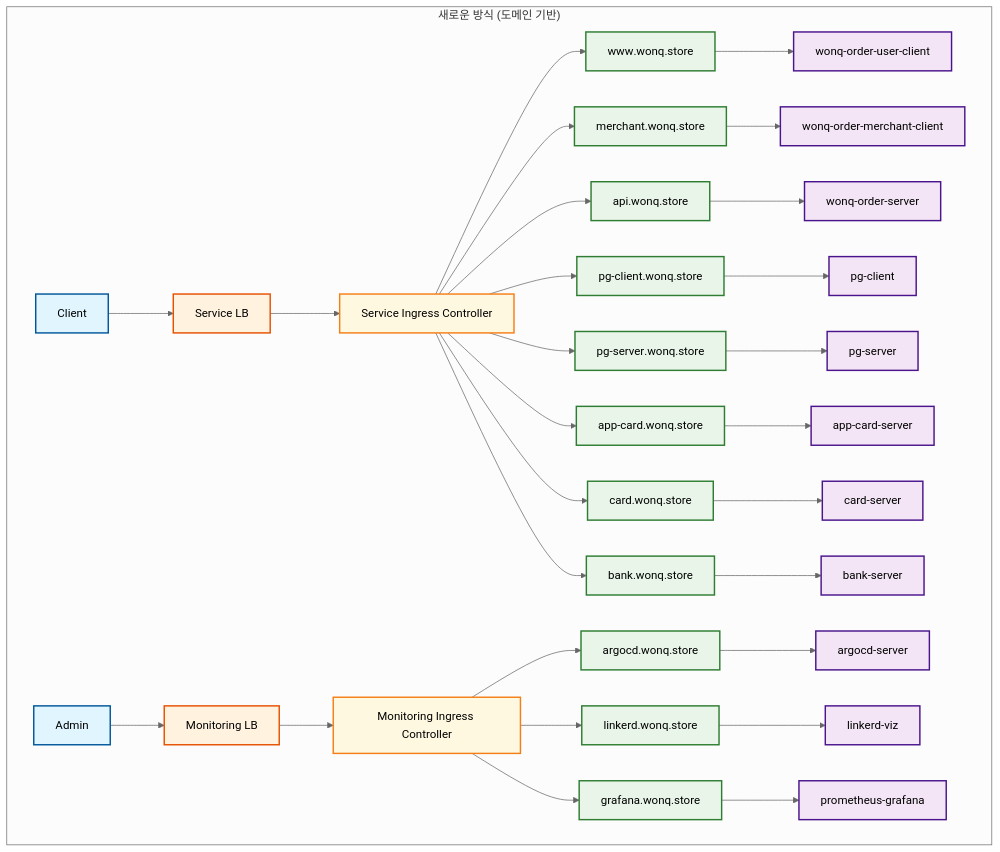
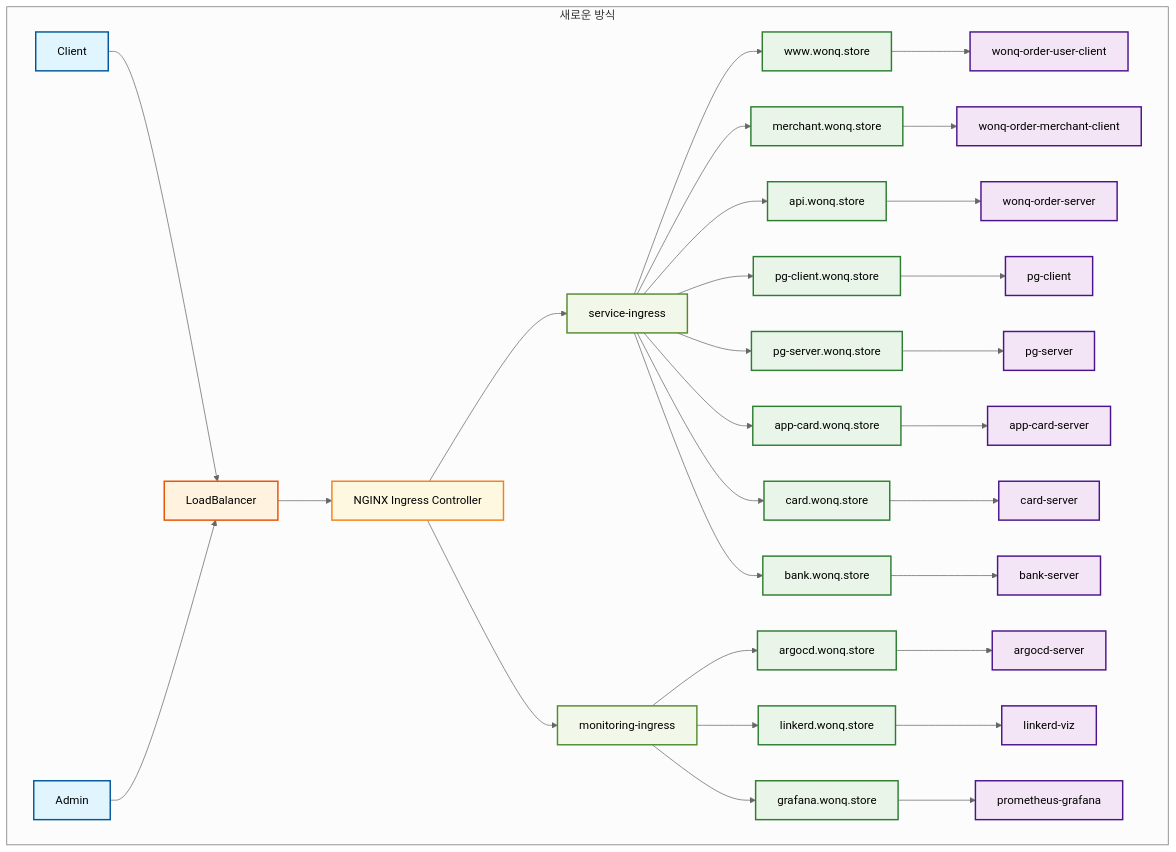
The second of 3 diagrams in blog/2025-05-29/gcp-load-balancer-quota-exceeded-troubleshooting.md (namsh1125/wonq-tech-blog), drawn with Mermaid (neutral theme) before and after one commit. The commit also changed other lines of this file and 2 other files, not shown here.

Commit message:
Update: GCP Load Balancer 생성 실패 오류 해결기 개선

````diff
--- a/blog/2025-05-29/gcp-load-balancer-quota-exceeded-troubleshooting.md
+++ b/blog/2025-05-29/gcp-load-balancer-quota-exceeded-troubleshooting.md
@@ -108,46 +108,53 @@
 ```mermaid
 graph TB
-    subgraph "새로운 방식 (도메인 기반)"
-        A1[Client] --> L1[Service LB]
-        A2[Admin] --> L2[Monitoring LB]
-        L1 --> I1[Service Ingress Controller]
-        L2 --> I2[Monitoring Ingress Controller]
-        I1 --> D1["www․wonq․store"]
-        I1 --> D2["merchant․wonq․store"]
-        I1 --> D3["api․wonq․store"]
-        I1 --> D4["pg-client․wonq․store"]
-        I1 --> D5["pg-server․wonq․store"]
-        I1 --> D6["app-card․wonq․store"]
-        I1 --> D7["card․wonq․store"]
-        I1 --> D8["bank․wonq․store"]
-        I2 --> D9["argocd․wonq․store"]
-        I2 --> D10["linkerd․wonq․store"]
-        I2 --> D11["grafana․wonq․store"]
+    subgraph "새로운 방식"
+        A1[Client] --> L1[LoadBalancer]
+        A2[Admin] --> L1
+        L1 --> I1[NGINX Ingress Controller]
+
+        I1 --> R1[service-ingress]
+        I1 --> R2[monitoring-ingress]
+
+        R1 --> D1["www․wonq․store"]
+        R1 --> D2["merchant․wonq․store"]
+        R1 --> D3["api․wonq․store"]
+        R1 --> D4["pg-client․wonq․store"]
+        R1 --> D5["pg-server․wonq․store"]
+        R1 --> D6["app-card․wonq․store"]
+        R1 --> D7["card․wonq․store"]
+        R1 --> D8["bank․wonq․store"]
+
+        R2 --> D9["argocd․wonq․store"]
+        R2 --> D10["linkerd․wonq․store"]
+        R2 --> D11["grafana․wonq․store"]
+
         D1 --> S1[wonq-order-user-client]
         D2 --> S2[wonq-order-merchant-client]
         D3 --> S3[wonq-order-server]
         D4 --> S4[pg-client]
         D5 --> S5[pg-server]
         D6 --> S6[app-card-server]
         D7 --> S7[card-server]
         D8 --> S8[bank-server]
         D9 --> M1[argocd-server]
         D10 --> M2[linkerd-viz]
         D11 --> M3[prometheus-grafana]
     end
 
-    %% 색상 스타일 정의
+%% 색상 스타일 정의
     classDef clientStyle fill:#e1f5fe,stroke:#01579b,stroke-width:2px,color:#000
     classDef lbStyle fill:#fff3e0,stroke:#e65100,stroke-width:2px,color:#000
     classDef ingressStyle fill:#fff8e1,stroke:#f57f17,stroke-width:2px,color:#000
+    classDef resourceStyle fill:#f1f8e9,stroke:#558b2f,stroke-width:2px,color:#000
     classDef domainStyle fill:#e8f5e8,stroke:#2e7d32,stroke-width:2px,color:#000
     classDef serviceStyle fill:#f3e5f5,stroke:#4a148c,stroke-width:2px,color:#000
 
-    %% 클래스 적용
+%% 클래스 적용
     class A1,A2 clientStyle
-    class L1,L2 lbStyle
-    class I1,I2 ingressStyle
+    class L1 lbStyle
+    class I1 ingressStyle
+    class R1,R2 resourceStyle
     class D1,D2,D3,D4,D5,D6,D7,D8,D9,D10,D11 domainStyle
     class S1,S2,S3,S4,S5,S6,S7,S8 serviceStyle
     class M1,M2,M3 serviceStyle
 ```
````
